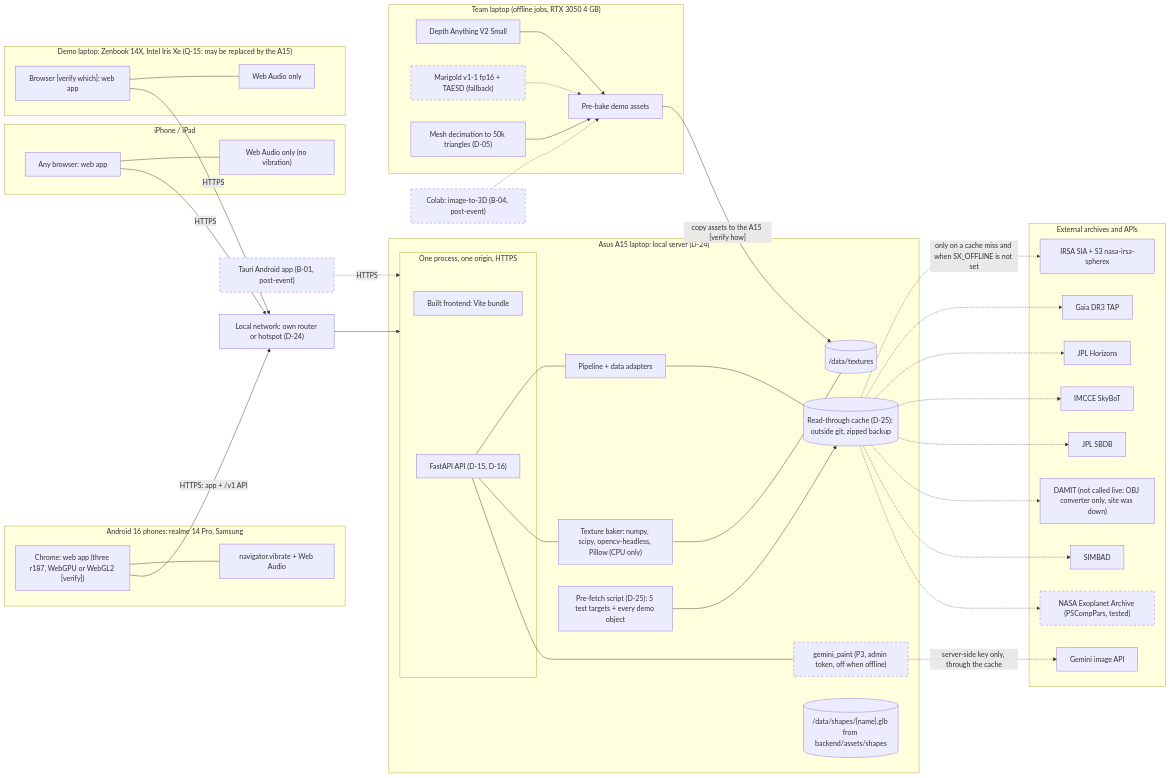
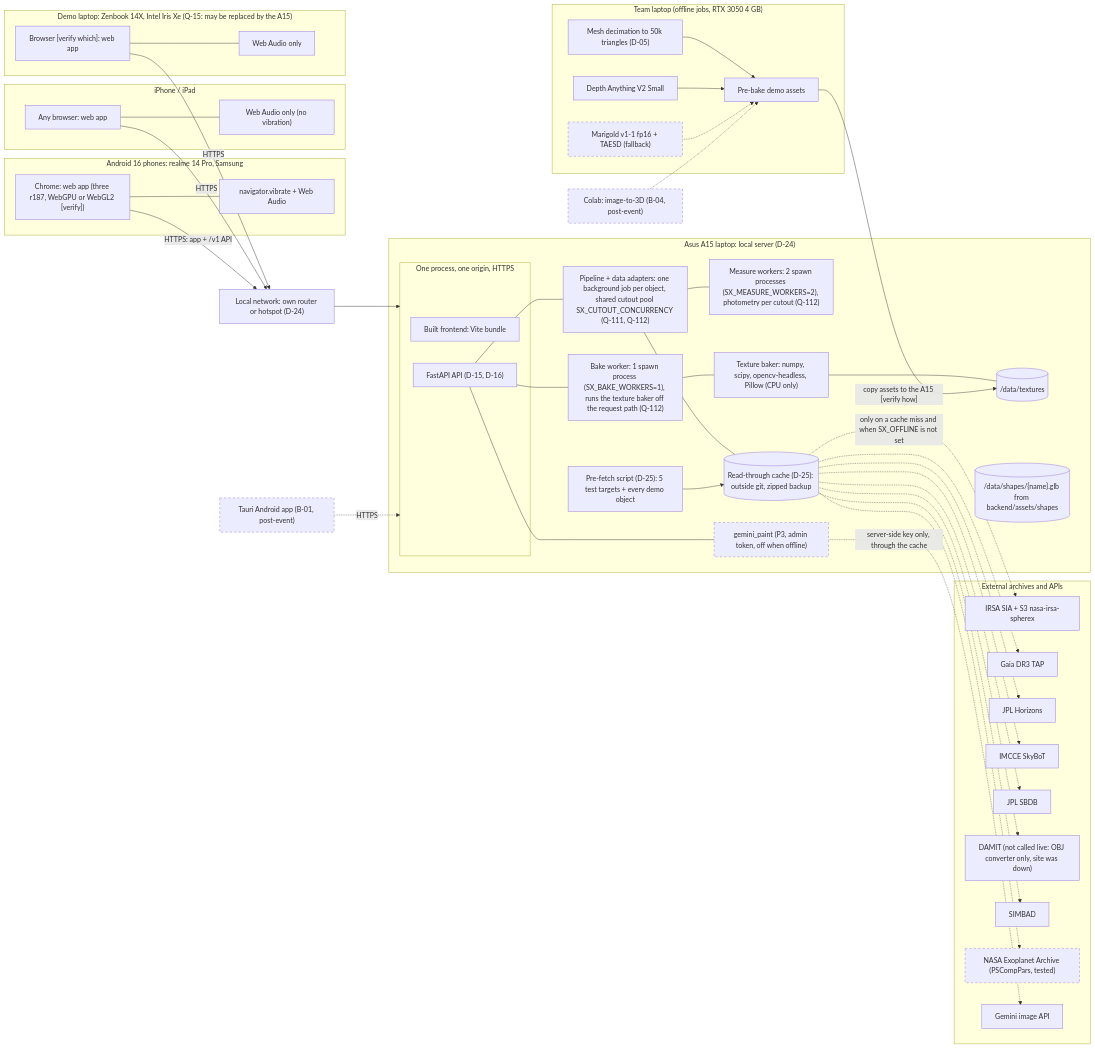
The diagram in docs/uml/03-deployment.md (0ffrian/SphereX), drawn with Mermaid before and after one commit. The commit also changed other lines of this file and 17 other files, not shown here.

First line of the commit message:
Resolve PR #58 review: docs and UML sync, star first-stage test, job payload model

```diff
--- a/docs/uml/03-deployment.md
+++ b/docs/uml/03-deployment.md
@@ -29,7 +29,9 @@
       Bundle["Built frontend: Vite bundle"]
       PyAPI["FastAPI API (D-15, D-16)"]
     end
-    PipelineN["Pipeline + data adapters"]
+    PipelineN["Pipeline + data adapters: one background job per object, shared cutout pool SX_CUTOUT_CONCURRENCY (Q-111, Q-112)"]
+    MeasureW["Measure workers: 2 spawn processes (SX_MEASURE_WORKERS=2), photometry per cutout (Q-112)"]
+    BakeW["Bake worker: 1 spawn process (SX_BAKE_WORKERS=1), runs the texture baker off the request path (Q-112)"]
     BakerN["Texture baker: numpy, scipy, opencv-headless, Pillow (CPU only)"]
     GemN["gemini_paint (P3, admin token, off when offline)"]
     Cache[("Read-through cache (D-25): outside git, zipped backup")]
@@ -37,7 +39,9 @@
     Shapes[("/data/shapes/{name}.glb from backend/assets/shapes")]
     PreFetch["Pre-fetch script (D-25): 5 test targets + every demo object"]
     PyAPI --- PipelineN
-    PyAPI --- BakerN
+    PipelineN --- MeasureW
+    PyAPI --- BakeW
+    BakeW --- BakerN
     PyAPI --- GemN
     PipelineN --- Cache
     BakerN --- Textures
```
